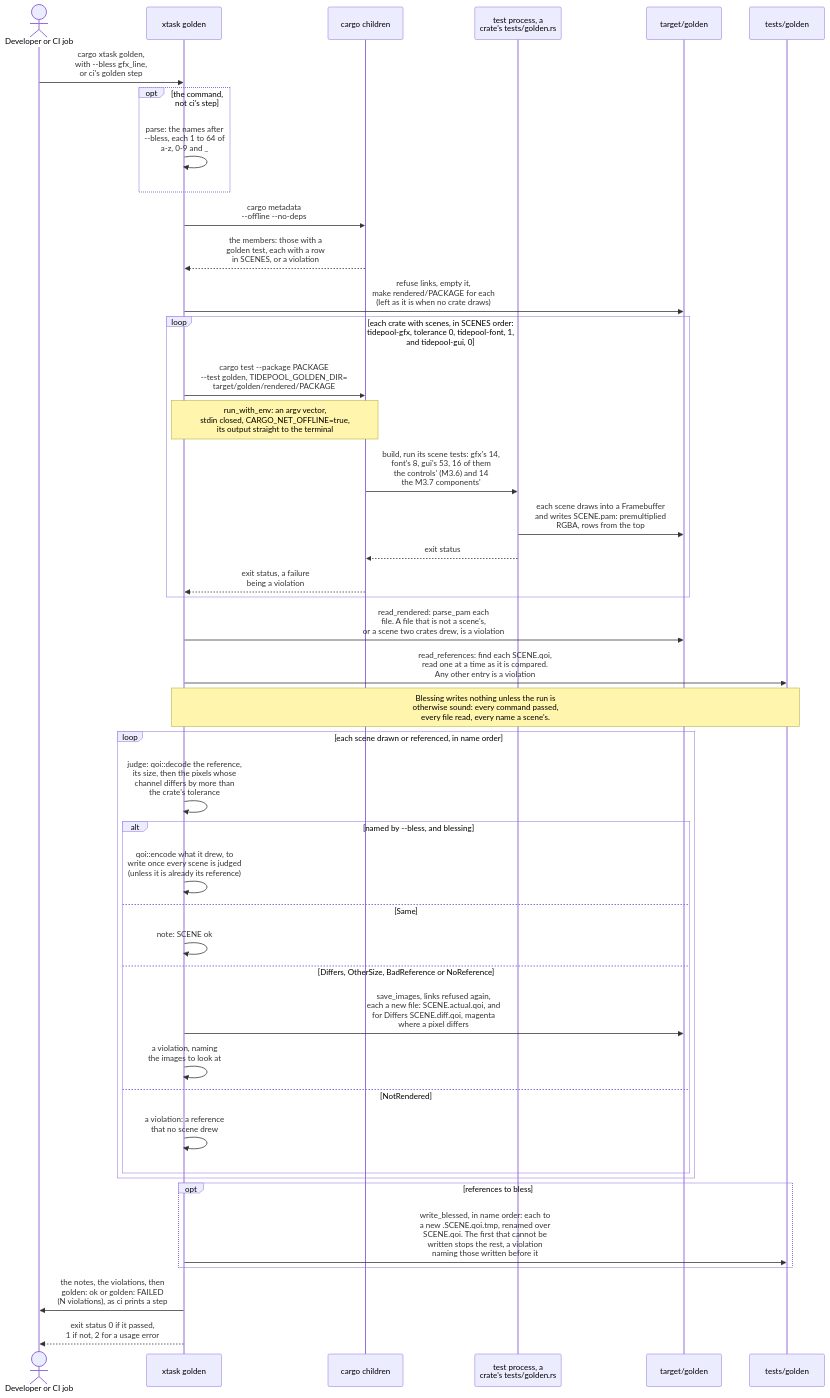
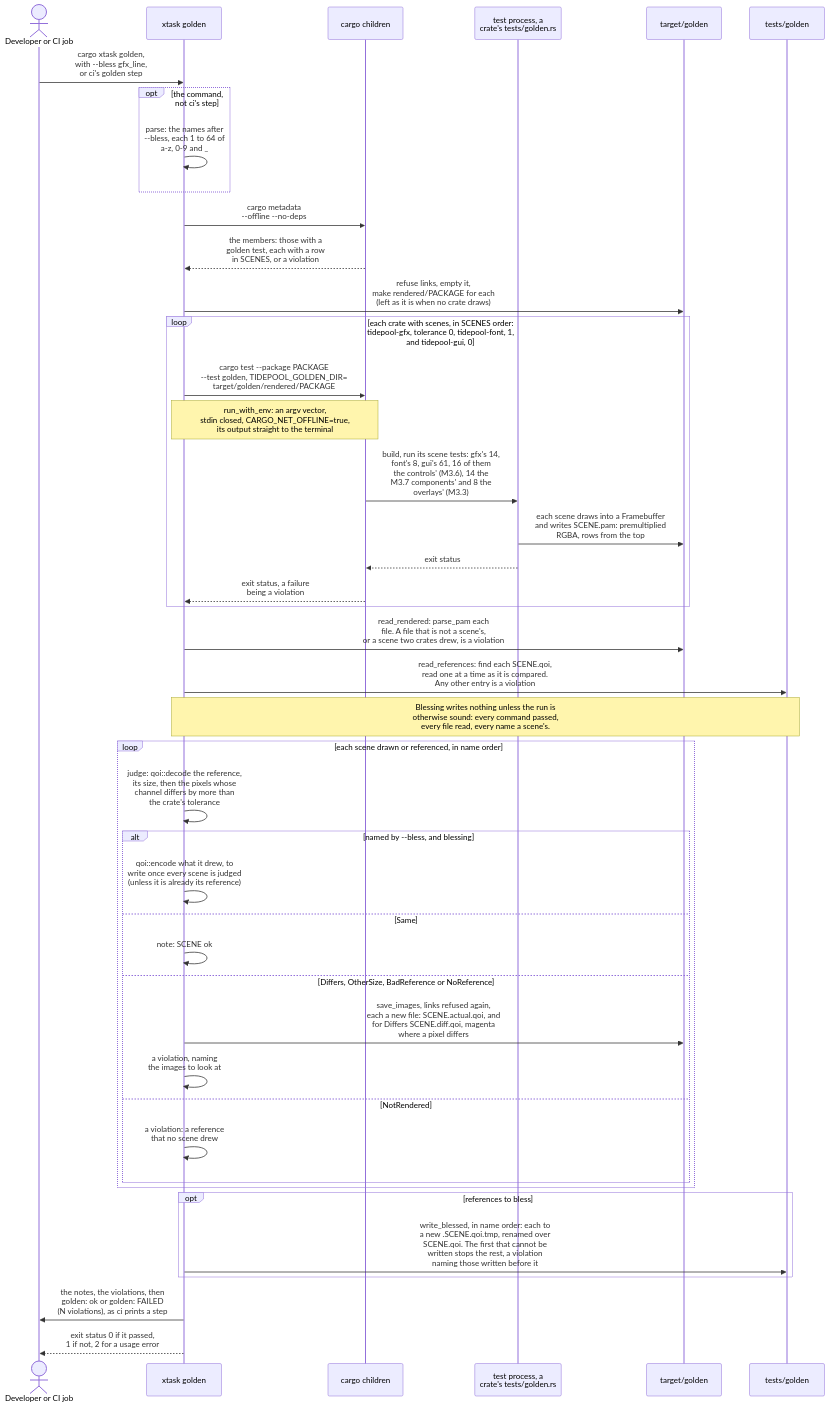
One commit to jabbott-iii/Tidepool changed the second of 24 diagrams in diagrams/sequence-diagrams.md. Above: the diagram before and after it, drawn with Mermaid. The commit also changed other lines of this file and 62 other files, not shown here.

````diff
--- a/diagrams/sequence-diagrams.md
+++ b/diagrams/sequence-diagrams.md
@@ -140,46 +142,46 @@
 ```mermaid
 sequenceDiagram
     actor Dev as Developer or CI job
     participant Gold as xtask golden
     participant Cargo as cargo children
     participant Test as test process, a<br/>crate's tests/golden.rs
     participant Out as target/golden
     participant Ref as tests/golden
 
     Dev->>Gold: cargo xtask golden,<br/>with --bless gfx_line,<br/>or ci's golden step
     opt the command, not ci's step
         Gold->>Gold: parse: the names after<br/>--bless, each 1 to 64 of<br/>a-z, 0-9 and _
     end
     Gold->>Cargo: cargo metadata<br/>--offline --no-deps
     Cargo-->>Gold: the members: those with a<br/>golden test, each with a row<br/>in SCENES, or a violation
     Gold->>Out: refuse links, empty it,<br/>make rendered/PACKAGE for each<br/>(left as it is when no crate draws)
     loop each crate with scenes, in SCENES order: tidepool-gfx, tolerance 0, tidepool-font, 1, and tidepool-gui, 0
         Gold->>Cargo: cargo test --package PACKAGE<br/>--test golden, TIDEPOOL_GOLDEN_DIR=<br/>target/golden/rendered/PACKAGE
         Note over Gold,Cargo: run_with_env: an argv vector,<br/>stdin closed, CARGO_NET_OFFLINE=true,<br/>its output straight to the terminal
-        Cargo->>Test: build, run its scene tests: gfx's 14,<br/>font's 8, gui's 53, 16 of them<br/>the controls' (M3.6) and 14<br/>the M3.7 components'
+        Cargo->>Test: build, run its scene tests: gfx's 14,<br/>font's 8, gui's 61, 16 of them<br/>the controls' (M3.6), 14 the<br/>M3.7 components' and 8 the<br/>overlays' (M3.3)
         Test->>Out: each scene draws into a Framebuffer<br/>and writes SCENE.pam: premultiplied<br/>RGBA, rows from the top
         Test-->>Cargo: exit status
         Cargo-->>Gold: exit status, a failure<br/>being a violation
     end
     Gold->>Out: read_rendered: parse_pam each<br/>file. A file that is not a scene's,<br/>or a scene two crates drew, is a violation
     Gold->>Ref: read_references: find each SCENE.qoi,<br/>read one at a time as it is compared.<br/>Any other entry is a violation
     Note over Gold,Ref: Blessing writes nothing unless the run is<br/>otherwise sound: every command passed,<br/>every file read, every name a scene's.
     loop each scene drawn or referenced, in name order
         Gold->>Gold: judge: qoi::decode the reference,<br/>its size, then the pixels whose<br/>channel differs by more than<br/>the crate's tolerance
         alt named by --bless, and blessing
             Gold->>Gold: qoi::encode what it drew, to<br/>write once every scene is judged<br/>(unless it is already its reference)
         else Same
             Gold->>Gold: note: SCENE ok
         else Differs, OtherSize, BadReference or NoReference
             Gold->>Out: save_images, links refused again,<br/>each a new file: SCENE.actual.qoi, and<br/>for Differs SCENE.diff.qoi, magenta<br/>where a pixel differs
             Gold->>Gold: a violation, naming<br/>the images to look at
         else NotRendered
             Gold->>Gold: a violation: a reference<br/>that no scene drew
         end
     end
     opt references to bless
         Gold->>Ref: write_blessed, in name order: each to<br/>a new .SCENE.qoi.tmp, renamed over<br/>SCENE.qoi. The first that cannot be<br/>written stops the rest, a violation<br/>naming those written before it
     end
     Gold->>Dev: the notes, the violations, then<br/>golden: ok or golden: FAILED<br/>(N violations), as ci prints a step
     Gold-->>Dev: exit status 0 if it passed,<br/>1 if not, 2 for a usage error
 ```
````
